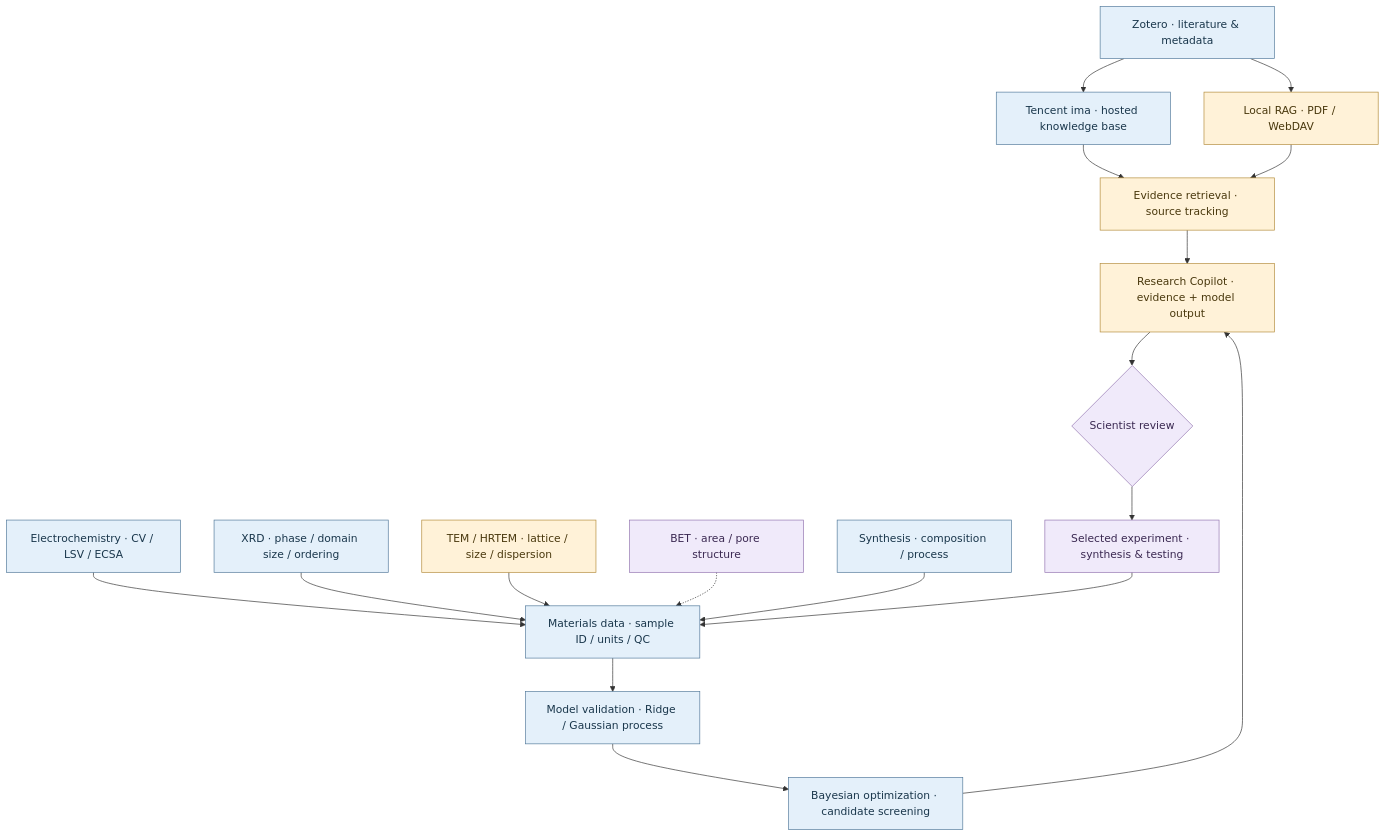
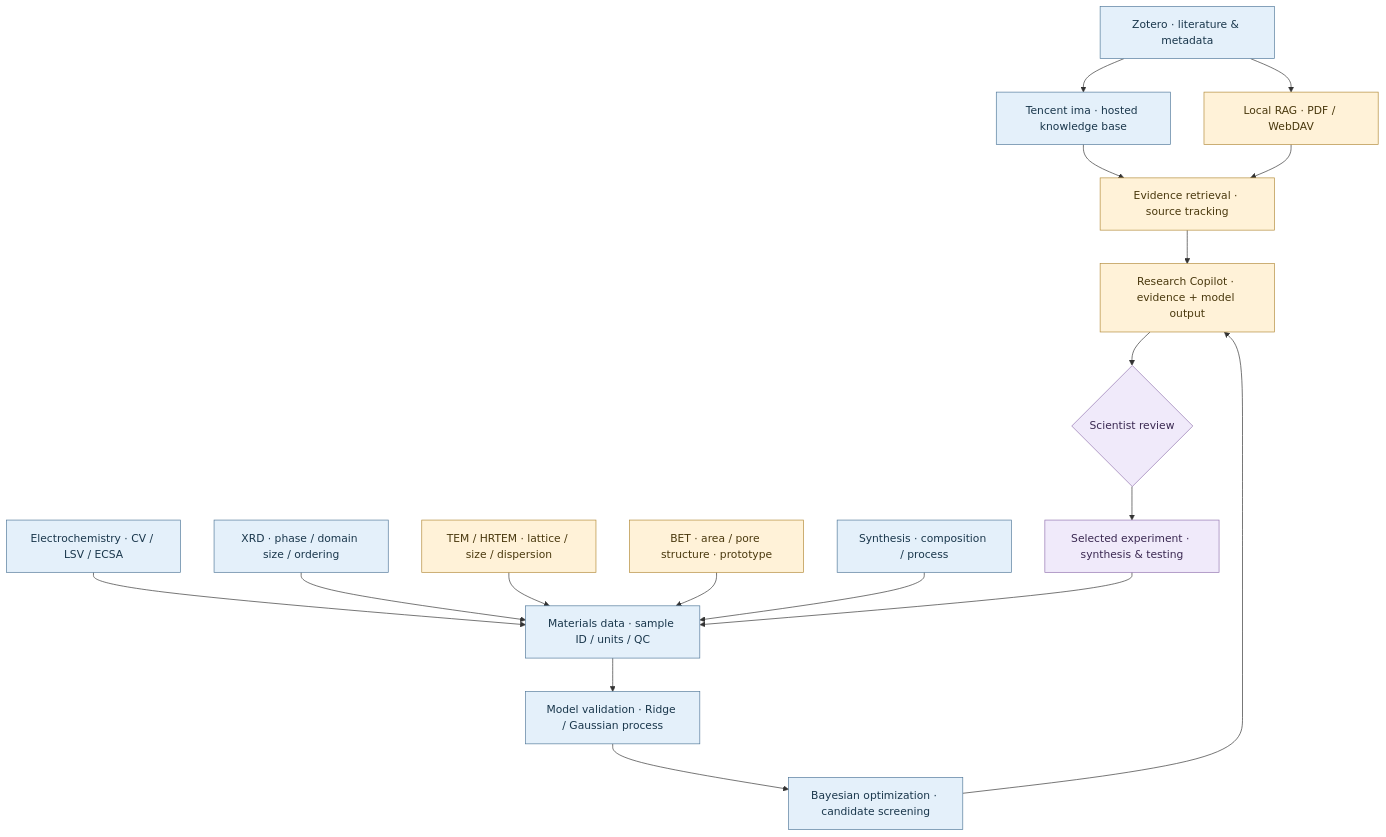
The diagram in README.md (ANDYPENG09/ANDYPENG09), drawn with Mermaid before and after one commit. The commit also changed other lines of this file, not shown here.

Commit message:
Feature porous carbon engineering AI4M/S project and clarify prototype status

````diff
--- a/README.md
+++ b/README.md
@@ -22,25 +22,25 @@
 ```mermaid
 flowchart TD
     Z["Zotero · literature & metadata"] --> I["Tencent ima · hosted knowledge base"]
     Z --> L["Local RAG · PDF / WebDAV"]
     I --> R["Evidence retrieval · source tracking"]
     L --> R
     A["Electrochemistry · CV / LSV / ECSA"] --> D["Materials data · sample ID / units / QC"]
     X["XRD · phase / domain size / ordering"] --> D
     T["TEM / HRTEM · lattice / size / dispersion"] --> D
-    P["BET · area / pore structure"] -.-> D
+    P["BET · area / pore structure · prototype"] --> D
     S["Synthesis · composition / process"] --> D
     D --> V["Model validation · Ridge / Gaussian process"]
     V --> B["Bayesian optimization · candidate screening"]
     R --> H["Research Copilot · evidence + model output"]
     B --> H
     H --> G{"Scientist review"}
     G --> E["Selected experiment · synthesis & testing"]
     E --> D
     classDef existing fill:#e4f0fa,stroke:#52799a,color:#19364b
     classDef prototype fill:#fff2d8,stroke:#b38b39,color:#49380d
     classDef planned fill:#f0eafa,stroke:#9274b0,color:#3a2851
     class Z,I,A,X,S,D,V,B existing
-    class L,R,H,T prototype
-    class G,E,P planned
+    class L,R,H,T,P prototype
+    class G,E planned
 ```
````
